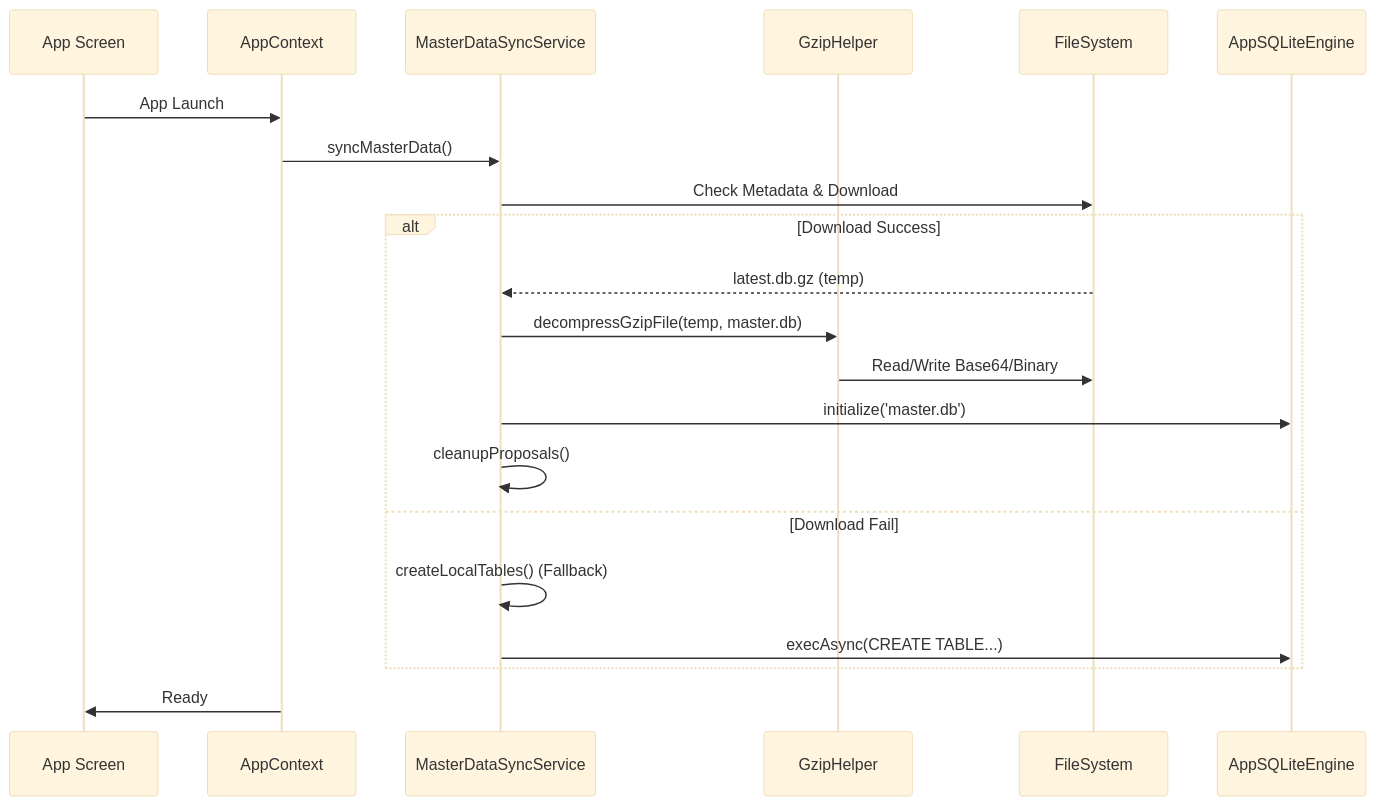
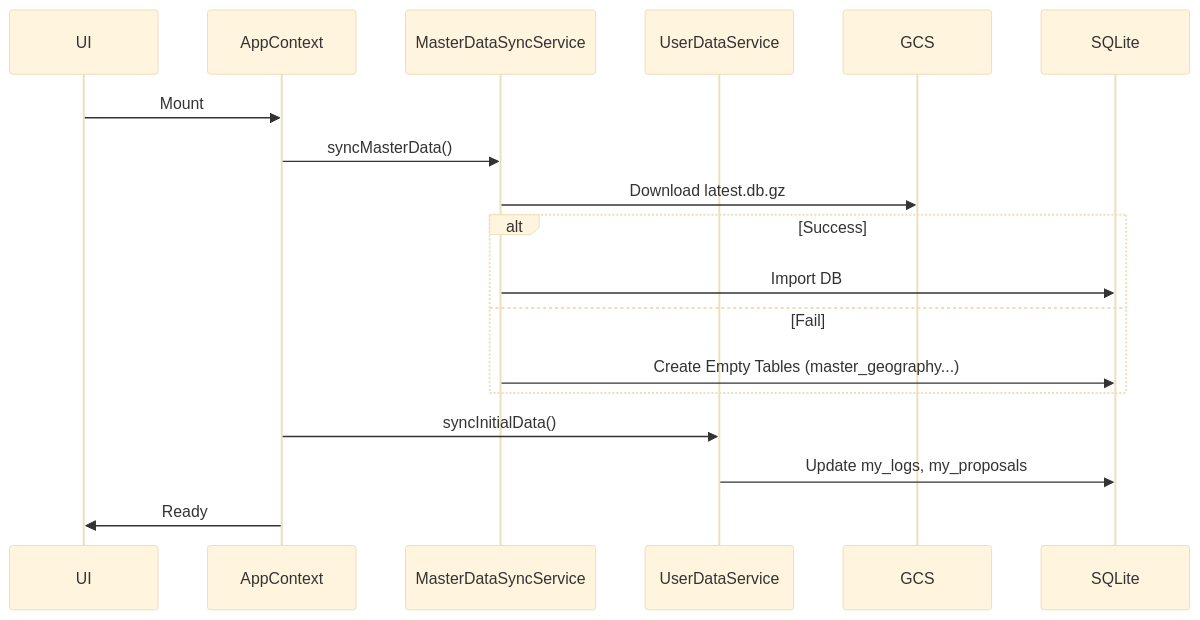
One commit to cloud-solutions-ttakeuchi/wedive changed the sixth of 8 diagrams in DATABASE_DESIGN.md. Above: the diagram before and after it, drawn with Mermaid (base theme). The commit also changed other lines of this file and 1 other file, not shown here.

````diff
--- a/DATABASE_DESIGN.md
+++ b/DATABASE_DESIGN.md
@@ -755,26 +706,21 @@
 ```mermaid
 sequenceDiagram
-    participant UI as App Screen
+    participant UI
     participant CTX as AppContext
     participant MDSync as MasterDataSyncService
-    participant GH as GzipHelper
-    participant FS as FileSystem
-    participant SQL as AppSQLiteEngine
+    participant UDS as UserDataService
+    participant GCS
+    participant SQLite
 
-    UI->>CTX: App Launch
+    UI->>CTX: Mount
     CTX->>MDSync: syncMasterData()
-    
-    MDSync->>FS: Check Metadata & Download
-    alt Download Success
-        FS-->>MDSync: latest.db.gz (temp)
-        MDSync->>GH: decompressGzipFile(temp, master.db)
-        GH->>FS: Read/Write Base64/Binary
-        MDSync->>SQL: initialize('master.db')
-        MDSync->>MDSync: cleanupProposals()
-    else Download Fail
-        MDSync->>MDSync: createLocalTables() (Fallback)
-        MDSync->>SQL: execAsync(CREATE TABLE...)
+    MDSync->>GCS: Download latest.db.gz
+    alt Success
+        MDSync->>SQLite: Import DB
+    else Fail
+        MDSync->>SQLite: Create Empty Tables (master_geography...)
     end
-    
+    CTX->>UDS: syncInitialData()
+    UDS->>SQLite: Update my_logs, my_proposals
     CTX->>UI: Ready
 ```
````
